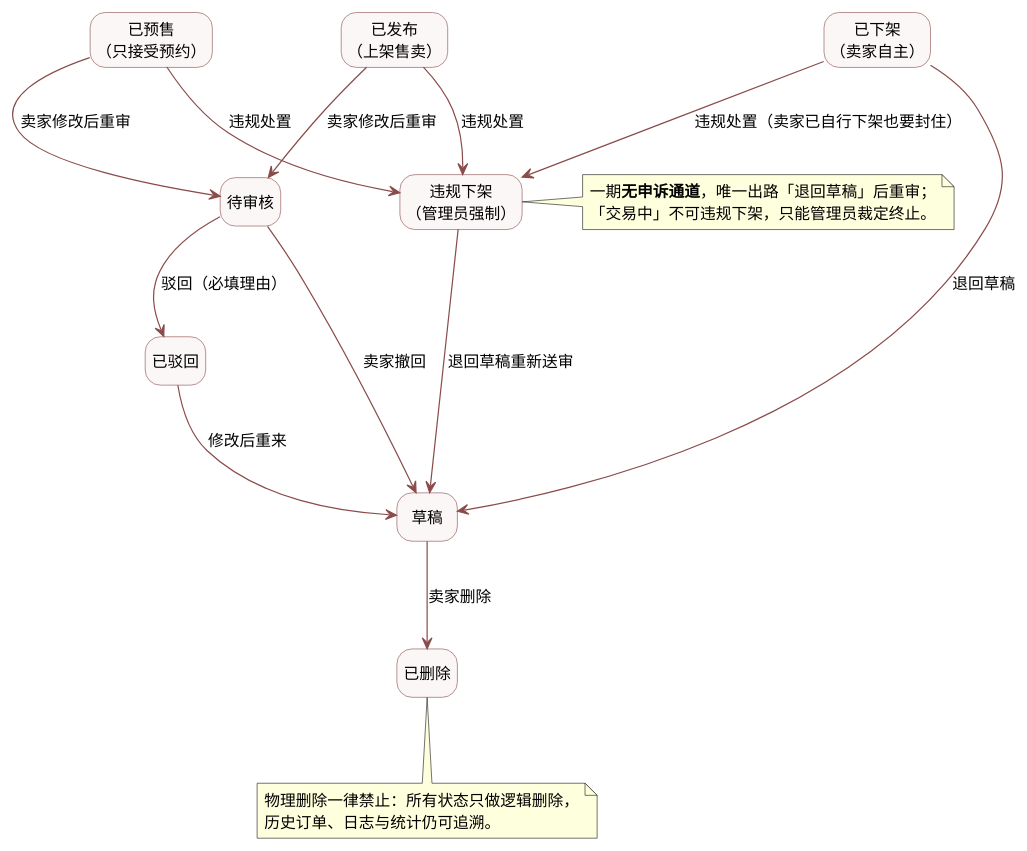
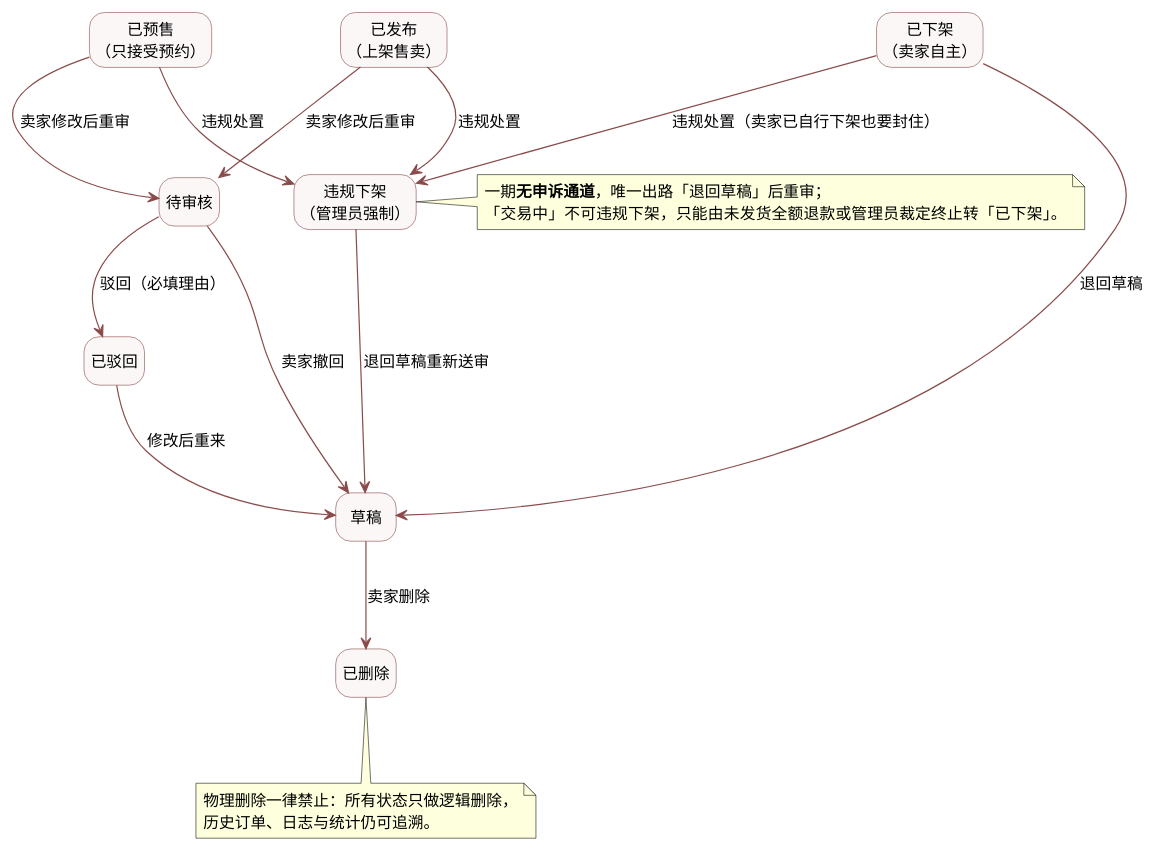
One commit to XuHR233/SE-lab1-requirements changed the diagram in lab02/UML/状态图2_异常与退出.puml. Above: the diagram before and after it, drawn with PlantUML. The commit also changed 15 other files, not shown here.

Commit message:
按需求逐条复核全部 UML 图：类图补结算记录/纠纷工单与角色枚举，活动图2 补 15 天自动退款与客服介入分支，订单状态图补自动退款与预售取消口径，用例图补客服说明

```diff
--- a/lab02/UML/状态图2_异常与退出.puml
+++ b/lab02/UML/状态图2_异常与退出.puml
@@ -1,57 +1,57 @@
 @startuml
 ' 实验二 · 二手交易系统 · 状态图（二）异常与退出：驳回 / 撤回 / 修改重审 / 下架后回退 / 违规下架 / 删除
 ' 本图 11 条 + 状态图（一）9 条 = REQ-010 允许的 20 条转换（不重复、不遗漏）
 skinparam defaultFontName "Microsoft YaHei"
 skinparam defaultFontSize 13
 skinparam shadowing false
 skinparam nodesep 50
 skinparam ranksep 70
 skinparam ArrowColor #8A4B4B
 skinparam state {
   BackgroundColor #FBF7F7
   BorderColor #8A4B4B
   FontSize 13
 }
 hide empty description
 
 state "草稿" as S1
 state "待审核" as S2
 state "已驳回" as S3
 state "已发布\n（上架售卖）" as S4
 state "已预售\n（只接受预约）" as S5
 state "已下架\n（卖家自主）" as S8
 state "违规下架\n（管理员强制）" as S9
 state "已删除" as S10
 
 ' —— ①审核不通过 / 卖家撤回 / 改后重来 ——
 S2 --> S3 : 驳回（必填理由）
 S2 --> S1 : 卖家撤回
 S3 --> S1 : 修改后重来
 
 ' —— ②在架商品修改一律重回审核（只有卖家改了内容才触发，不是系统定期复审）——
 S4 --> S2 : 卖家修改后重审
 S5 --> S2 : 卖家修改后重审
 
 ' —— ③卖家下架后只能退回草稿，不能直接再上架 ——
 S8 --> S1 : 退回草稿
 
 ' —— ④违规处置：已发布、已预售、已下架都可被强制下架，卖家不能自行恢复 ——
 S4 --> S9 : 违规处置
 S5 --> S9 : 违规处置
 S8 --> S9 : 违规处置（卖家已自行下架也要封住）
 S9 --> S1 : 退回草稿重新送审
 
 ' —— ⑤删除只允许发生在草稿 ——
 S1 --> S10 : 卖家删除
 
 note right of S9
   一期<b>无申诉通道</b>，唯一出路「退回草稿」后重审；
-  「交易中」不可违规下架，只能管理员裁定终止。
+  「交易中」不可违规下架，只能由未发货全额退款或管理员裁定终止转「已下架」。
 end note
 
 note bottom of S10
   物理删除一律禁止：所有状态只做逻辑删除，
   历史订单、日志与统计仍可追溯。
 end note
 
 @enduml
```
